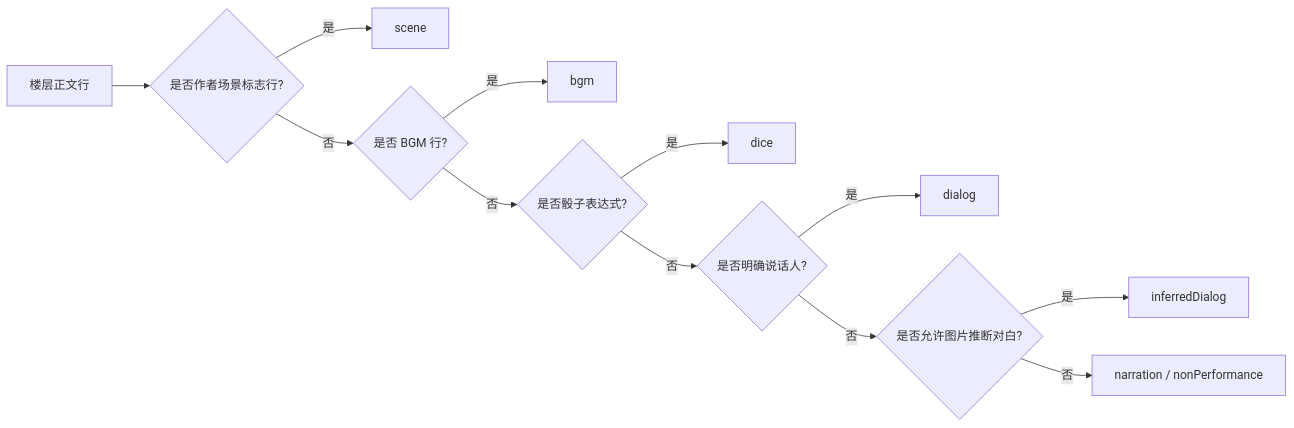
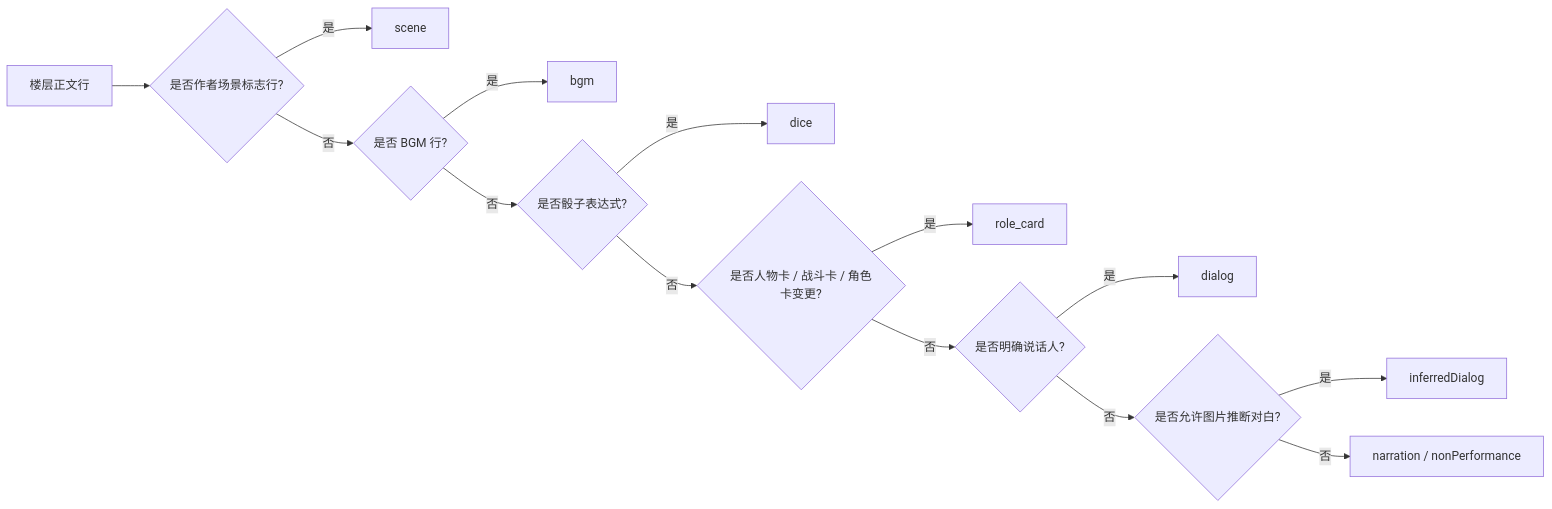
The third of 14 diagrams in docs/reference/gululu-replay-data-cleaning-review.md (starrybamboo/tuan-chat-web), drawn with Mermaid before and after one commit. The commit also changed other lines of this file and 77 other files, not shown here.

Commit message:
feat(app): refine role avatars and room clue flows

````diff
--- a/docs/reference/gululu-replay-data-cleaning-review.md
+++ b/docs/reference/gululu-replay-data-cleaning-review.md
@@ -254,14 +254,16 @@
 ```mermaid
 flowchart LR
   L["楼层正文行"] --> S{"是否作者场景标志行?"}
   S -->|是| Scene["scene"]
   S -->|否| B{"是否 BGM 行?"}
   B -->|是| BGM["bgm"]
   B -->|否| D{"是否骰子表达式?"}
   D -->|是| Dice["dice"]
-  D -->|否| P{"是否明确说话人?"}
+  D -->|否| C{"是否人物卡 / 战斗卡 / 角色卡变更?"}
+  C -->|是| RoleCard["role_card"]
+  C -->|否| P{"是否明确说话人?"}
   P -->|是| Dialog["dialog"]
   P -->|否| I{"是否允许图片推断对白?"}
   I -->|是| Inferred["inferredDialog"]
   I -->|否| Narration["narration / nonPerformance"]
 ```
````
